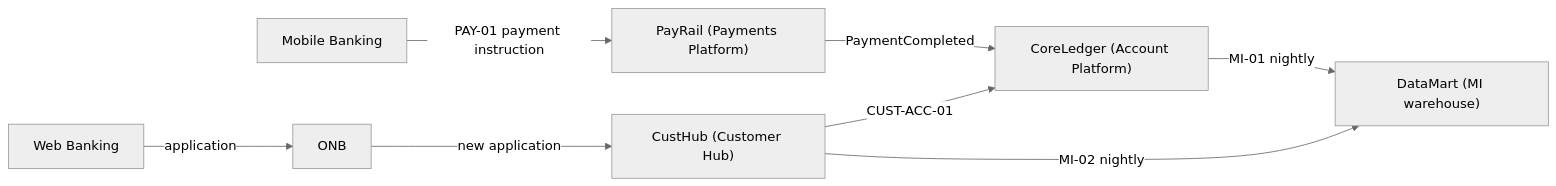
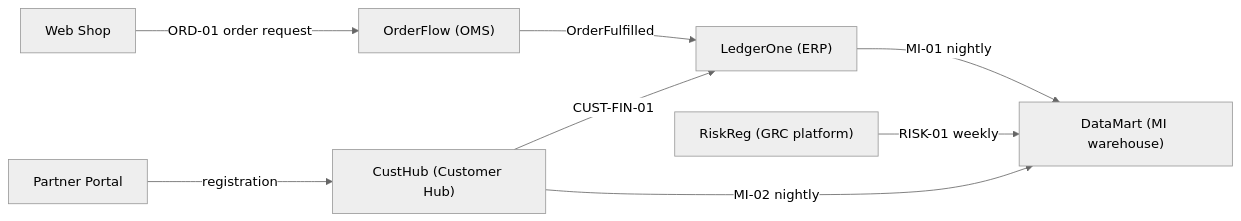
One commit to Voyce007/GitHub_Local changed the diagram in layers/3-ai-agent-backbone/ontology-discovery-kit/discovery/inputs/loop-01/diagrams/context-diagram.mmd. Above: the diagram before and after it, drawn with Mermaid (neutral theme). The commit also changed 78 other files, not shown here.

```diff
--- a/layers/3-ai-agent-backbone/ontology-discovery-kit/discovery/inputs/loop-01/diagrams/context-diagram.mmd
+++ b/layers/3-ai-agent-backbone/ontology-discovery-kit/discovery/inputs/loop-01/diagrams/context-diagram.mmd
@@ -1,8 +1,8 @@
 flowchart LR
-  MB["Mobile Banking"] -->|PAY-01 payment instruction| PR["PayRail (Payments Platform)"]
-  WB["Web Banking"] -->|application| ONB["ONB"]
-  ONB -->|new application| CH["CustHub (Customer Hub)"]
-  CH -->|CUST-ACC-01| CL["CoreLedger (Account Platform)"]
-  PR -->|PaymentCompleted| CL
-  CL -->|MI-01 nightly| DM["DataMart (MI warehouse)"]
+  WS["Web Shop"] -->|ORD-01 order request| OF["OrderFlow (OMS)"]
+  PP["Partner Portal"] -->|registration| CH["CustHub (Customer Hub)"]
+  CH -->|CUST-FIN-01| LO["LedgerOne (ERP)"]
+  OF -->|OrderFulfilled| LO
+  LO -->|MI-01 nightly| DM["DataMart (MI warehouse)"]
   CH -->|MI-02 nightly| DM
+  RR["RiskReg (GRC platform)"] -->|RISK-01 weekly| DM
```
